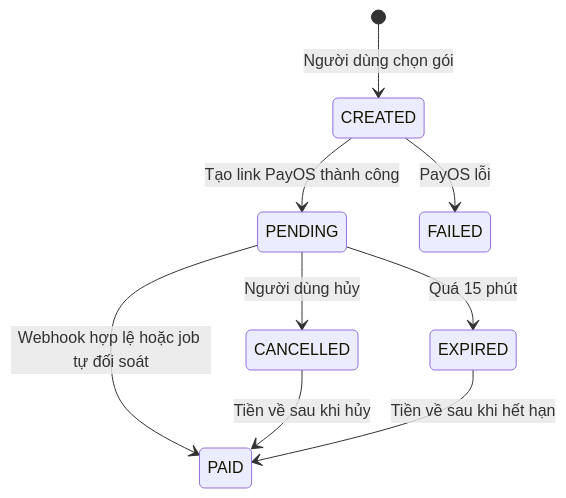
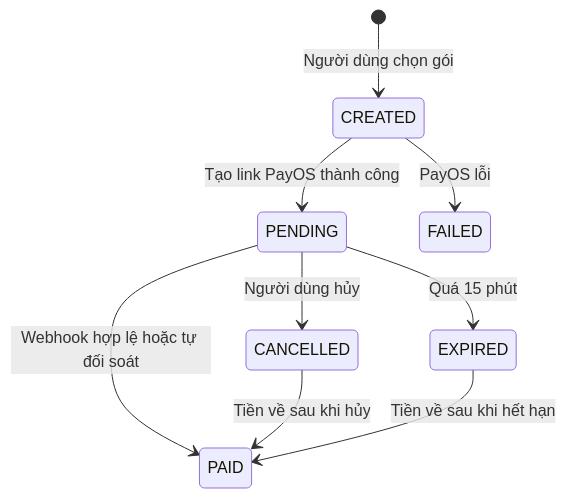
The first of 2 diagrams in aidlc-docs/construction/u07-payment-credit/functional-design/domain-entities.md (hygef-v4/AI-Powered-Learning-Platform), drawn with Mermaid before and after one commit. The commit also changed other lines of this file and 199 other files, not shown here.

````diff
--- a/aidlc-docs/construction/u07-payment-credit/functional-design/domain-entities.md
+++ b/aidlc-docs/construction/u07-payment-credit/functional-design/domain-entities.md
@@ -47,11 +46,11 @@
 ```mermaid
 stateDiagram-v2
     [*] --> CREATED: Người dùng chọn gói
     CREATED --> PENDING: Tạo link PayOS thành công
     CREATED --> FAILED: PayOS lỗi
-    PENDING --> PAID: Webhook hợp lệ hoặc job tự đối soát
+    PENDING --> PAID: Webhook hợp lệ hoặc tự đối soát
     PENDING --> CANCELLED: Người dùng hủy
     PENDING --> EXPIRED: Quá 15 phút
     CANCELLED --> PAID: Tiền về sau khi hủy
     EXPIRED --> PAID: Tiền về sau khi hết hạn
 ```
````
